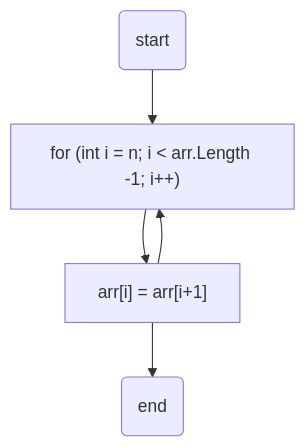
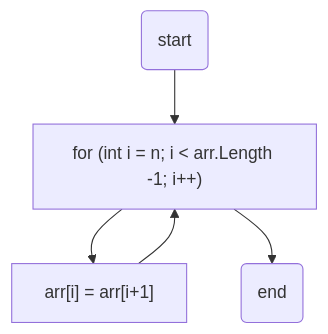
Before and after one commit to VisulAlgo/svelte-prototype: the diagram in src/lib/diagrams/removeAt.mmd, drawn with Mermaid. The commit also changed 1 other file, not shown here.

```diff
--- a/src/lib/diagrams/removeAt.mmd
+++ b/src/lib/diagrams/removeAt.mmd
@@ -1,8 +1,8 @@
 flowchart TD
     A["for (int i = n; i < arr.Length -1; i++)"];
     A --> B["arr[i] = arr[i+1]"]
     B --> A
     S(start)
     E(end)
     S --> A;
-    B --> E;
+    A --> E;
```
